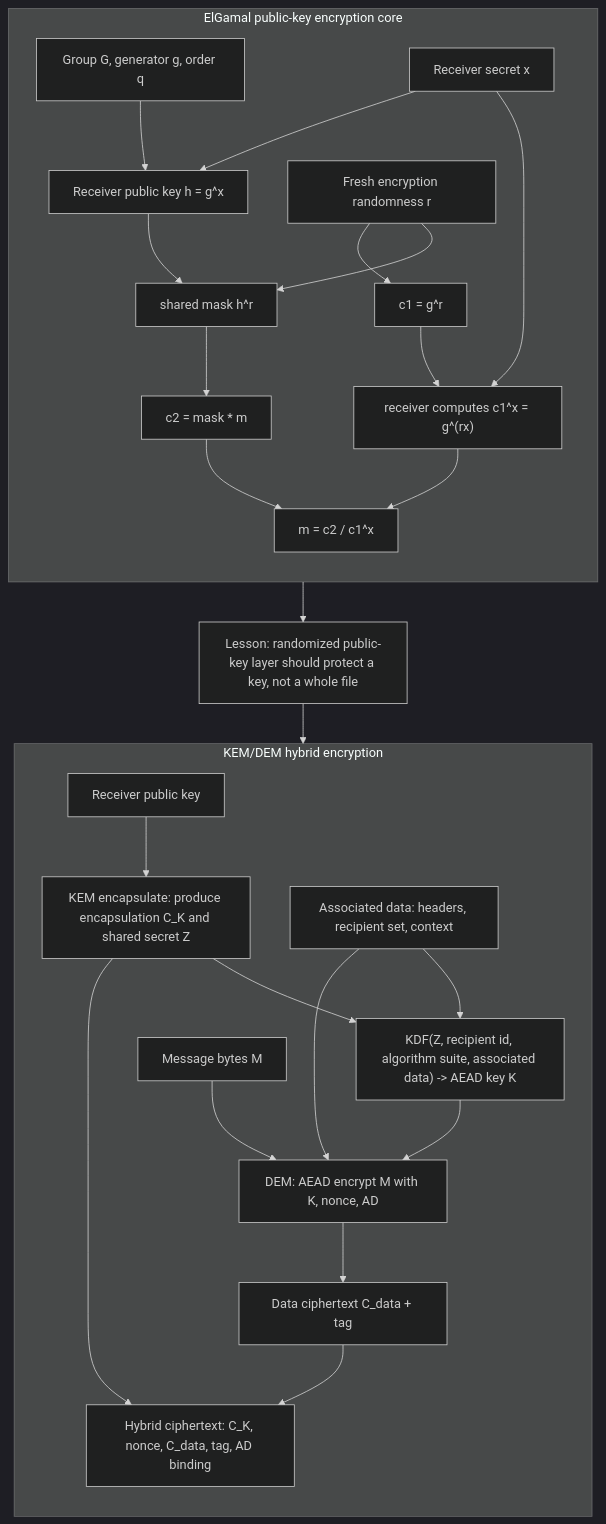
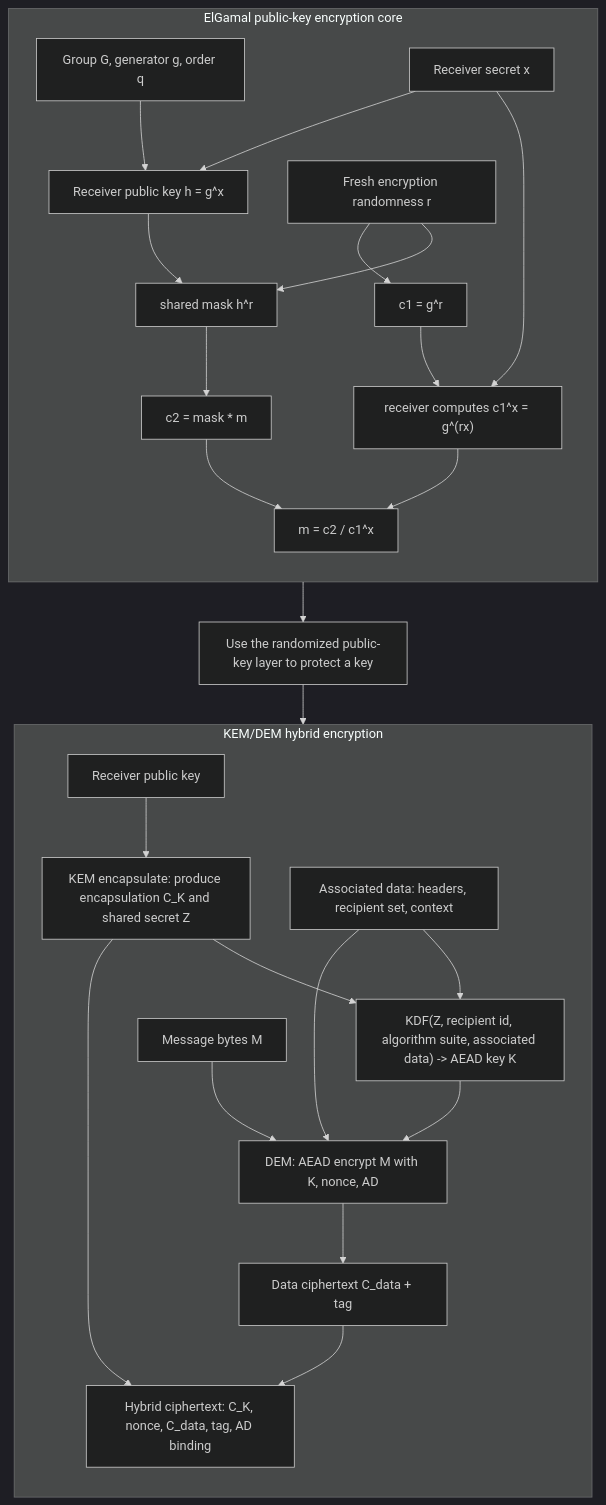
The diagram in docs/cs/cryptography/public-key-encryption-elgamal-hybrid.md (justinbrianhwang/SJ-wiki), drawn with Mermaid (dark theme) before and after one commit. The commit also changed other lines of this file and 955 other files, not shown here.

````diff
--- a/docs/cs/cryptography/public-key-encryption-elgamal-hybrid.md
+++ b/docs/cs/cryptography/public-key-encryption-elgamal-hybrid.md
@@ -108,44 +108,44 @@
 ```mermaid
 flowchart TB
   subgraph ElGamal["ElGamal public-key encryption core"]
     direction TB
     Params["Group G, generator g, order q"]
     Secret["Receiver secret x"]
     Public["Receiver public key h = g^x"]
     Random["Fresh encryption randomness r"]
     C1["c1 = g^r"]
     Mask["shared mask h^r"]
     C2["c2 = mask * m"]
     DecMask["receiver computes c1^x = g^(rx)"]
     Recover["m = c2 / c1^x"]
     Params --> Public
     Secret --> Public
     Public --> Mask
     Random --> C1
     Random --> Mask --> C2
     C1 --> DecMask
     Secret --> DecMask --> Recover
     C2 --> Recover
   end
 
   subgraph Hybrid["KEM/DEM hybrid encryption"]
     direction TB
     PK["Receiver public key"]
     Encaps["KEM encapsulate: produce encapsulation C_K and shared secret Z"]
     KDF["KDF(Z, recipient id, algorithm suite, associated data) -> AEAD key K"]
     Message["Message bytes M"]
     AD["Associated data: headers, recipient set, context"]
     AEAD["DEM: AEAD encrypt M with K, nonce, AD"]
     DataC["Data ciphertext C_data + tag"]
     Bundle["Hybrid ciphertext: C_K, nonce, C_data, tag, AD binding"]
     PK --> Encaps --> KDF --> AEAD
     Message --> AEAD
     AD --> KDF
     AD --> AEAD
     AEAD --> DataC --> Bundle
     Encaps --> Bundle
   end
 
-  Recover --> Lesson["Lesson: randomized public-key layer should protect a key, not a whole file"]
-  Lesson --> Encaps
+  Recover --> Bridge["Use the randomized public-key layer to protect a key"]
+  Bridge --> Encaps
 ```
````
